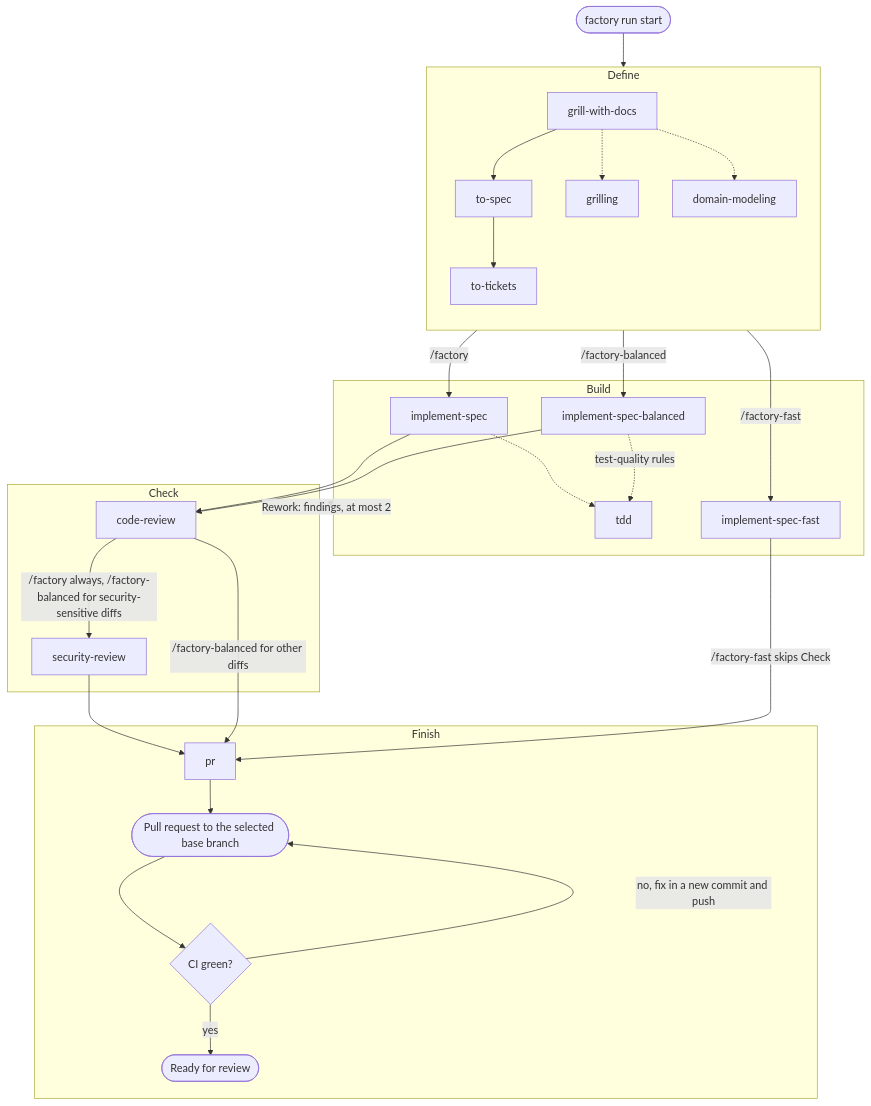
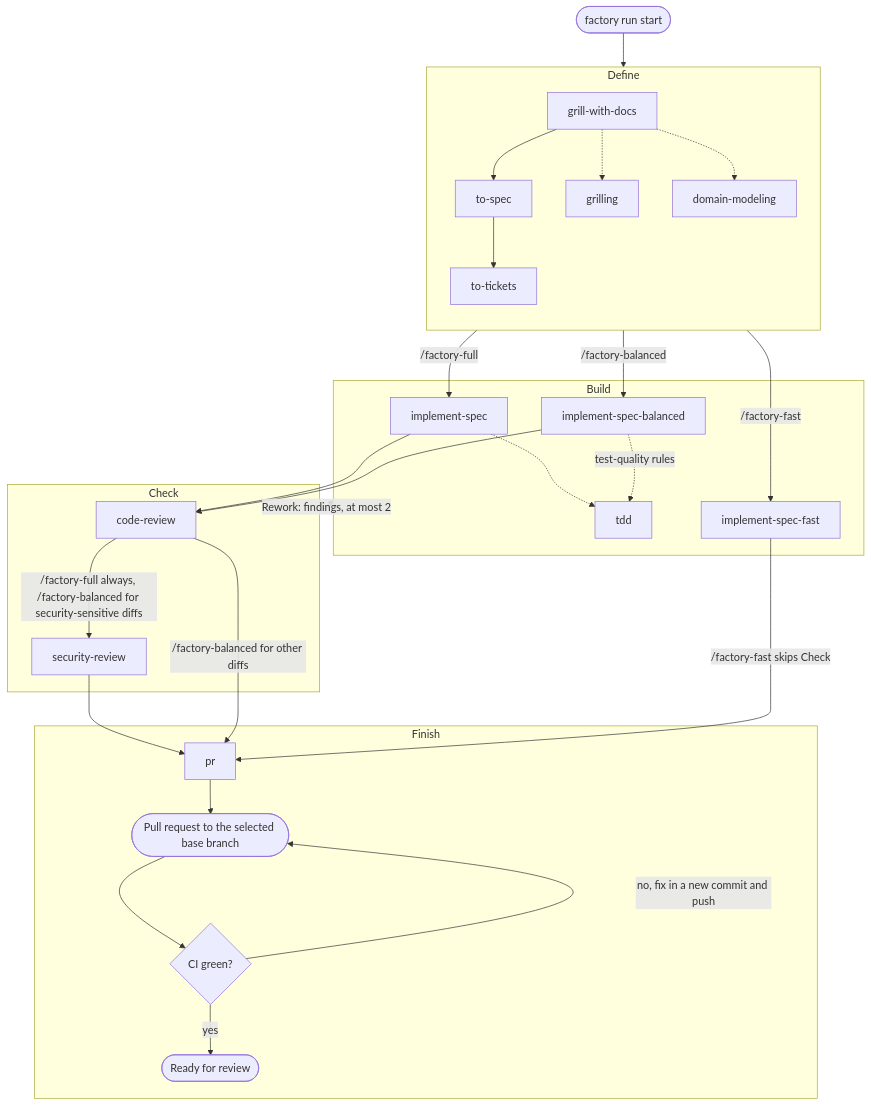
The diagram in README.md (TDSchreur/jidoka), drawn with Mermaid before and after one commit. The commit also changed other lines of this file and 17 other files, not shown here.

````diff
--- a/README.md
+++ b/README.md
@@ -134,38 +134,38 @@
 ```mermaid
 flowchart TB
     start([factory run start]) --> define
 
     subgraph define [Define]
         direction TB
         grill[grill-with-docs] --> spec[to-spec] --> tickets[to-tickets]
         grill -.-> grilling[grilling]
         grill -.-> domain[domain-modeling]
     end
 
     subgraph build [Build]
         impl[implement-spec] -.-> tdd[tdd]
         implbal[implement-spec-balanced] -.->|test-quality rules| tdd
         implfast[implement-spec-fast]
     end
 
     subgraph check [Check]
-        review[code-review] -->|/factory always, /factory-balanced for security-sensitive diffs| security[security-review]
+        review[code-review] -->|/factory-full always, /factory-balanced for security-sensitive diffs| security[security-review]
     end
 
     subgraph finish [Finish]
         pr[pr] --> pull([Pull request to the selected base branch])
         pull --> ci{CI green?}
         ci -->|no, fix in a new commit and push| pull
         ci -->|yes| done([Ready for review])
     end
 
-    define -->|/factory| impl
+    define -->|/factory-full| impl
     define -->|/factory-balanced| implbal
     define -->|/factory-fast| implfast
     impl --> review
     implbal --> review
     check -.->|Rework: findings, at most 2| build
     security --> pr
     review -->|/factory-balanced for other diffs| pr
     implfast -->|/factory-fast skips Check| pr
 ```
````
